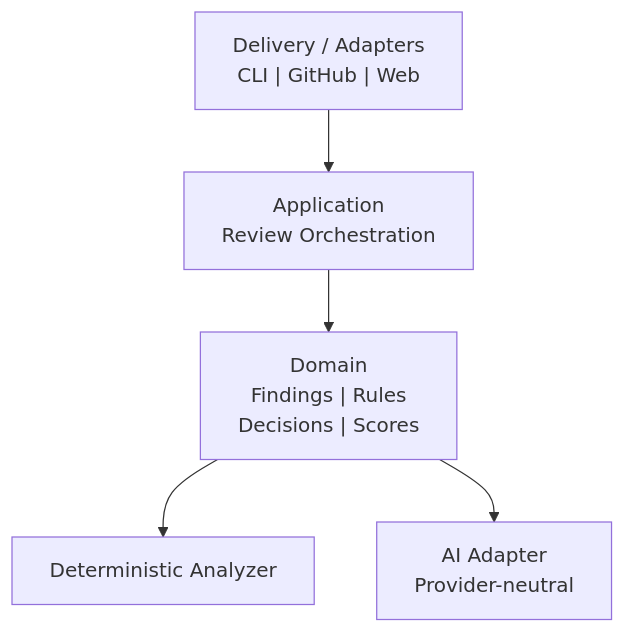
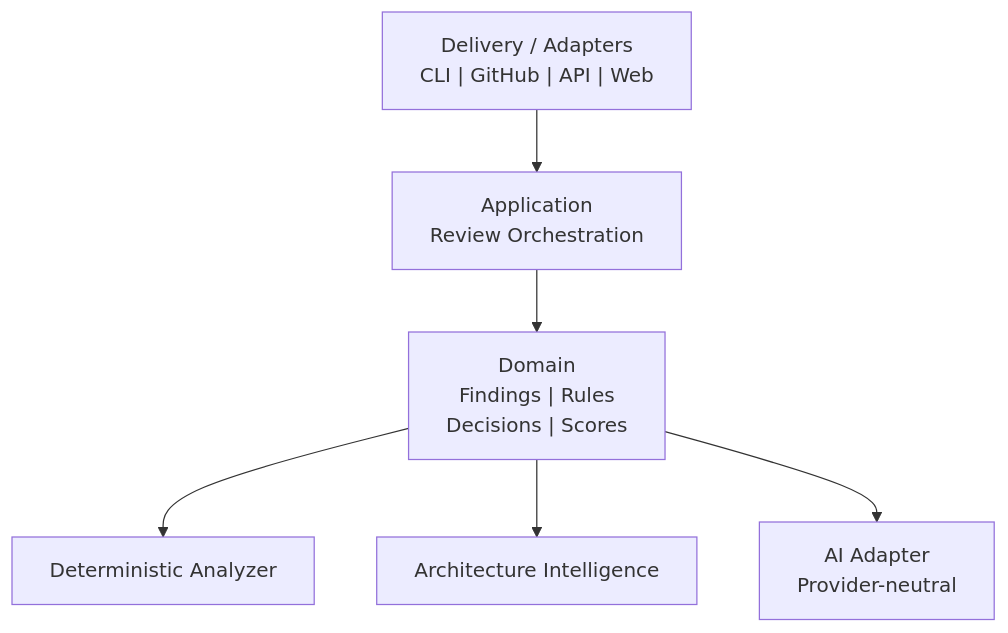
One commit to GiovaniRodrigo/qualityguard changed the first of 7 diagrams in docs/architecture/ARCHITECTURE.md. Above: the diagram before and after it, drawn with Mermaid. The commit also changed other lines of this file and 1 other file, not shown here.

First line of the commit message:
docs(architecture): document as-built layering and dependency graph

````diff
--- a/docs/architecture/ARCHITECTURE.md
+++ b/docs/architecture/ARCHITECTURE.md
@@ -7,7 +14,8 @@
 ```mermaid
 flowchart TD
-    Delivery["Delivery / Adapters<br/>CLI | GitHub | Web"] --> App["Application<br/>Review Orchestration"]
+    Delivery["Delivery / Adapters<br/>CLI | GitHub | API | Web"] --> App["Application<br/>Review Orchestration"]
     App --> Domain["Domain<br/>Findings | Rules<br/>Decisions | Scores"]
     Domain --> Det["Deterministic Analyzer"]
+    Domain --> Arch["Architecture Intelligence"]
     Domain --> AI["AI Adapter<br/>Provider-neutral"]
 ```
````
